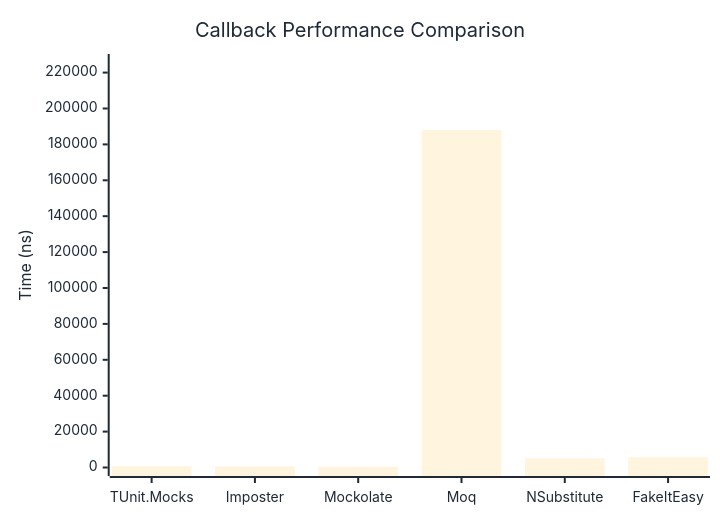
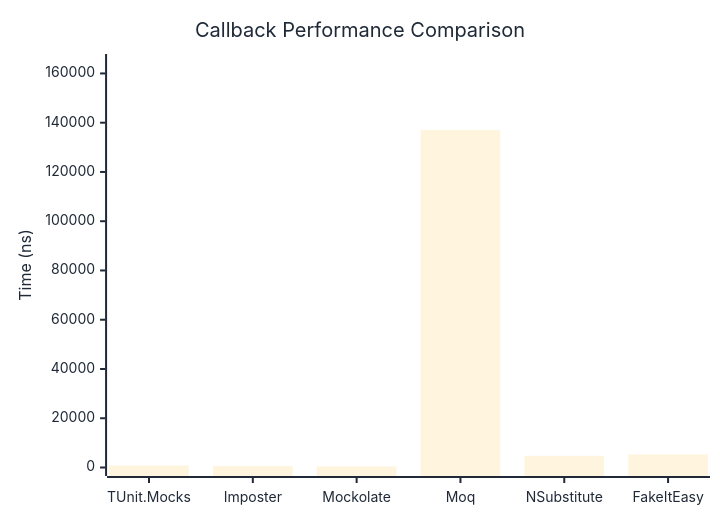
One commit to thomhurst/TUnit changed the first of 2 diagrams in docs/docs/benchmarks/mocks/Callback.md. Above: the diagram before and after it, drawn with Mermaid. The commit also changed other lines of this file and 14 other files, not shown here.

````diff
--- a/docs/docs/benchmarks/mocks/Callback.md
+++ b/docs/docs/benchmarks/mocks/Callback.md
@@ -30,27 +30,27 @@
 ```mermaid
 %%{init: {
   'theme':'base',
   'themeVariables': {
     'primaryColor': '#2563eb',
     'primaryTextColor': '#1f2937',
     'primaryBorderColor': '#1e40af',
     'lineColor': '#6b7280',
     'secondaryColor': '#7c3aed',
     'tertiaryColor': '#dc2626',
     'background': '#ffffff',
     'pie1': '#2563eb',
     'pie2': '#7c3aed',
     'pie3': '#dc2626',
     'pie4': '#f59e0b',
     'pie5': '#10b981',
     'pie6': '#06b6d4',
     'pie7': '#ec4899',
     'pie8': '#6366f1'
   }
 }}%%
 xychart-beta
   title "Callback Performance Comparison"
   x-axis ["TUnit.Mocks", "Imposter", "Mockolate", "Moq", "NSubstitute", "FakeItEasy"]
-  y-axis "Time (ns)" 0 --> 225622
-  bar [734.8, 524, 394.8, 188017.9, 5127.3, 5644.8]
+  y-axis "Time (ns)" 0 --> 164442
+  bar [786.8, 578.3, 430.4, 137034.5, 4740, 5309.2]
 ```
````
